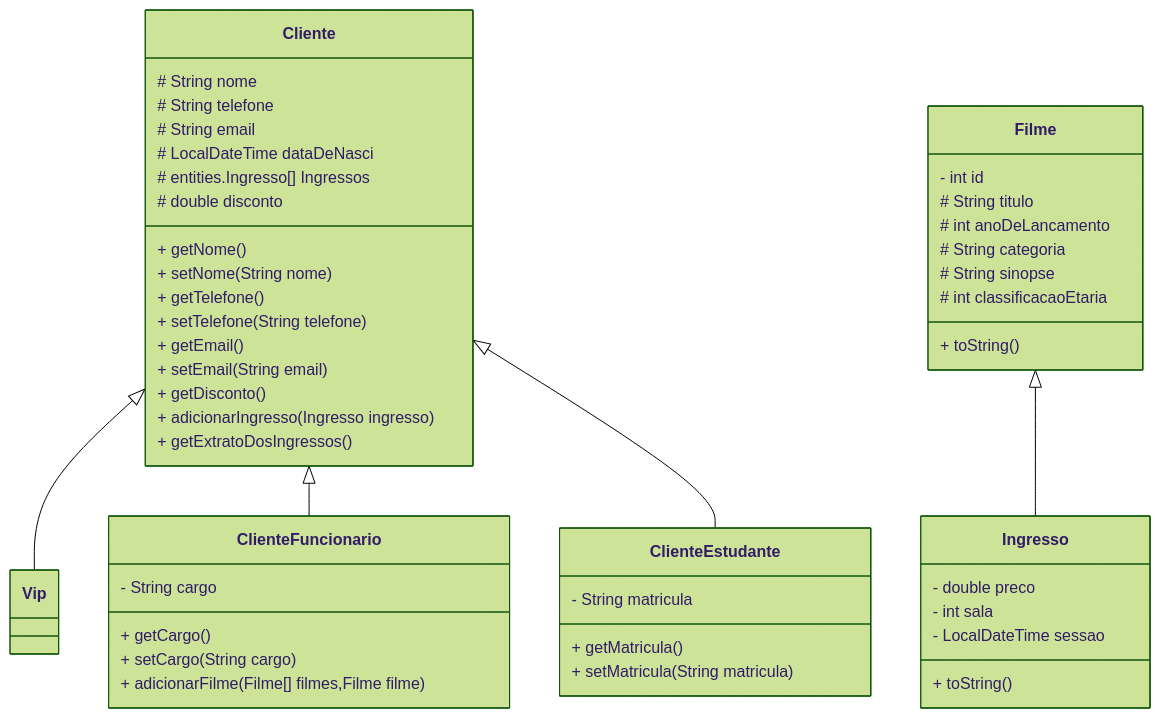
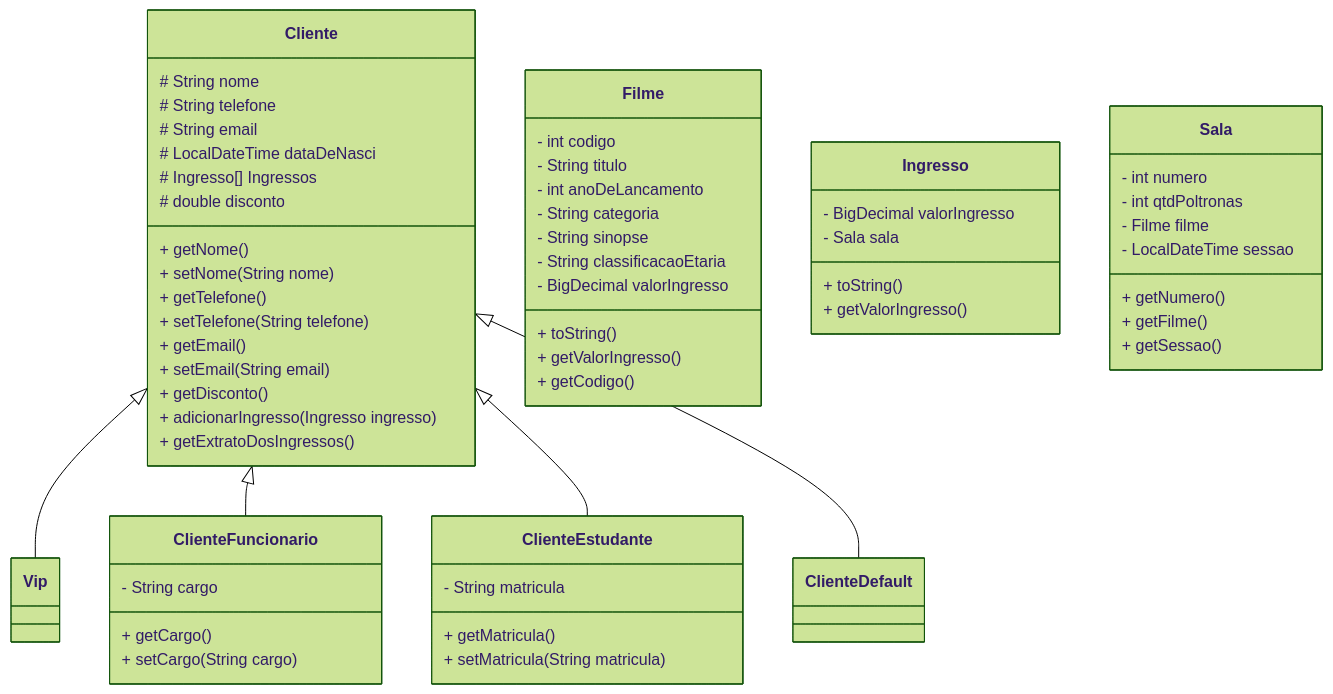
Before and after one commit to Dev-Vinicius1/agenda-filme: the diagram in README.md, drawn with Mermaid (forest theme). The commit also changed other lines of this file, not shown here.

````diff
--- a/README.md
+++ b/README.md
@@ -3,47 +6,56 @@
 ```mermaid
 classDiagram
 Cliente : # String nome
 Cliente : # String telefone
 Cliente : # String email
 Cliente : # LocalDateTime dataDeNasci
-Cliente : # entities.Ingresso[] Ingressos
+Cliente : # Ingresso[] Ingressos
 Cliente : # double disconto
 Cliente : + getNome()
 Cliente : + setNome(String nome)
 Cliente : + getTelefone()
 Cliente : + setTelefone(String telefone)
 Cliente : + getEmail()
 Cliente : + setEmail(String email)
 Cliente : + getDisconto()
 Cliente : + adicionarIngresso(Ingresso ingresso)
 Cliente : + getExtratoDosIngressos()
 
 ClienteEstudante : - String matricula
 ClienteEstudante : + getMatricula()
 ClienteEstudante : + setMatricula(String matricula)
 
 ClienteFuncionario : - String cargo
 ClienteFuncionario : + getCargo()
 ClienteFuncionario : + setCargo(String cargo)
 
-ClienteFuncionario : + adicionarFilme(Filme[] filmes,Filme filme)
-
 Cliente <|-- Vip
 Cliente <|-- ClienteFuncionario
 Cliente <|-- ClienteEstudante
+Cliente <|-- ClienteDefault
 
-Filme : - int id
-Filme : # String titulo
-Filme : # int anoDeLancamento
-Filme : # String categoria
-Filme : # String sinopse
-Filme : # int classificacaoEtaria
+Filme : - int codigo
+Filme : - String titulo
+Filme : - int anoDeLancamento
+Filme : - String categoria
+Filme : - String sinopse
+Filme : - String classificacaoEtaria
+Filme : - BigDecimal valorIngresso
 Filme : + toString()
+Filme : + getValorIngresso()
+Filme : + getCodigo()
 
-Ingresso: - double preco
-Ingresso: - int sala
-Ingresso: - LocalDateTime sessao
+Ingresso: - BigDecimal valorIngresso
+Ingresso: - Sala sala
 Ingresso : + toString()
+Ingresso : + getValorIngresso()
 
-Filme <|-- Ingresso
+Sala: - int numero
+Sala: - int qtdPoltronas
+Sala: - Filme filme
+Sala: - LocalDateTime sessao
+Sala: + getNumero()
+Sala: + getFilme()
+Sala: + getSessao()
+
 ```
````
